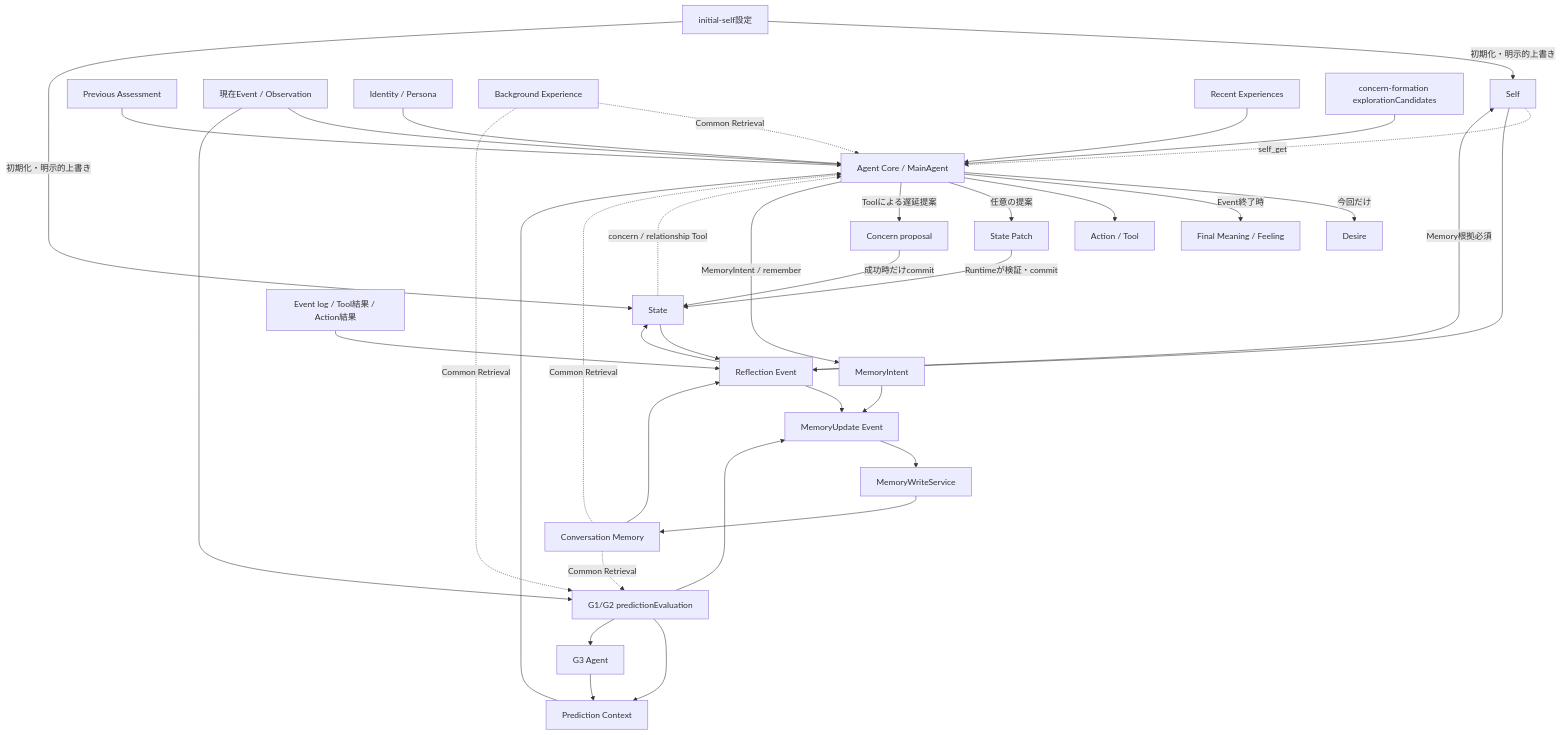
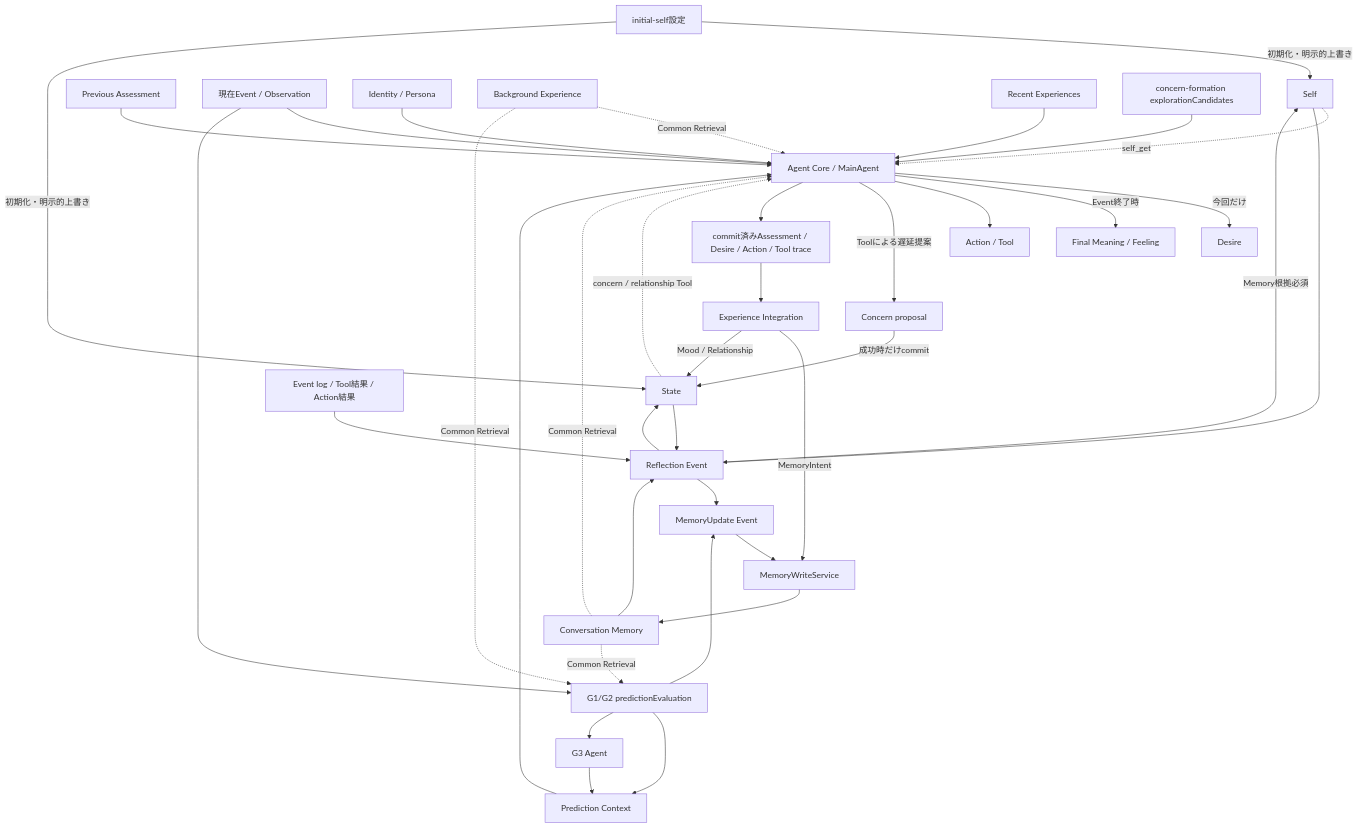
Before and after one commit to if001/social_agent: the second of 7 diagrams in docs/AGENT_MOTIVATION_MODEL.md, drawn with Mermaid. The commit also changed other lines of this file and 31 other files, not shown here.

Commit message:
feat: add experience integration after agent core

````diff
--- a/docs/AGENT_MOTIVATION_MODEL.md
+++ b/docs/AGENT_MOTIVATION_MODEL.md
@@ -106,44 +106,44 @@
 ```mermaid
 flowchart TD
     CFG[initial-self設定] -->|初期化・明示的上書き| SELF[Self]
     CFG -->|初期化・明示的上書き| STATE[State]
 
     PREV[Previous Assessment] --> CORE[Agent Core / MainAgent]
     EVT[現在Event / Observation] --> CORE
     PC[Prediction Context] --> CORE
     ID[Identity / Persona] --> CORE
     SELF -. self_get .-> CORE
     STATE -. concern / relationship Tool .-> CORE
     MEM[Conversation Memory] -. Common Retrieval .-> CORE
     BG[Background Experience] -. Common Retrieval .-> CORE
     RECENT[Recent Experiences] --> CORE
     CATALOG[concern-formation explorationCandidates] --> CORE
 
     CORE -->|今回だけ| DESIRE[Desire]
     CORE -->|Event終了時| ASSESS[Final Meaning / Feeling]
     CORE --> ACTION[Action / Tool]
-    CORE -->|任意の提案| PATCH[State Patch]
     CORE -->|Toolによる遅延提案| CQ[Concern proposal]
-    CORE -->|MemoryIntent / remember| MI[MemoryIntent]
-    PATCH -->|Runtimeが検証・commit| STATE
     CQ -->|成功時だけcommit| STATE
+    CORE --> RESULT[commit済みAssessment / Desire / Action / Tool trace]
+    RESULT --> EI[Experience Integration]
+    EI -->|MemoryIntent| MW[MemoryWriteService]
+    EI -->|Mood / Relationship| STATE
 
     EVT --> PE[G1/G2 predictionEvaluation]
     MEM -. Common Retrieval .-> PE
     BG -. Common Retrieval .-> PE
     PE --> PC
     PE --> G3[G3 Agent]
     G3 --> PC
     PE --> MU[MemoryUpdate Event]
-    MI --> MU
     MU --> MW[MemoryWriteService]
     MW --> MEM
 
     EVTLOG[Event log / Tool結果 / Action結果] --> REFLECT[Reflection Event]
     STATE --> REFLECT
     SELF --> REFLECT
     MEM --> REFLECT
     REFLECT --> MU
     REFLECT -->|Memory根拠必須| SELF
     REFLECT --> STATE
 ```
````
